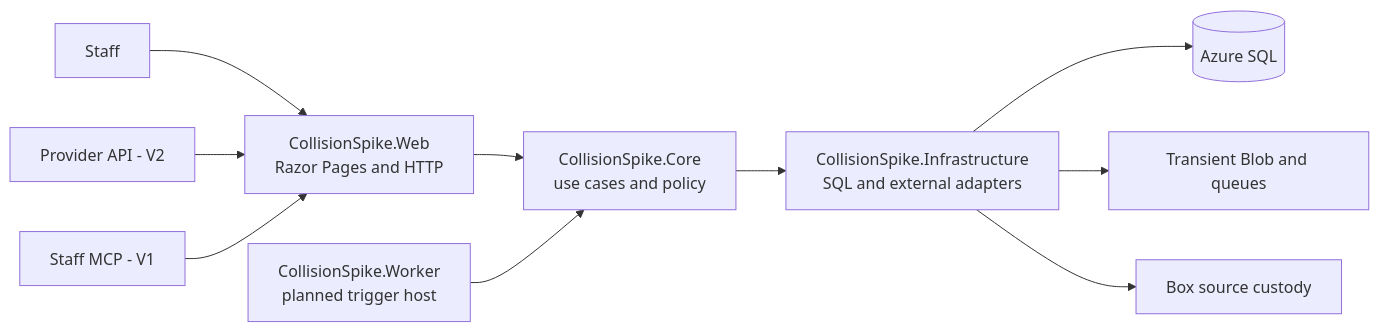
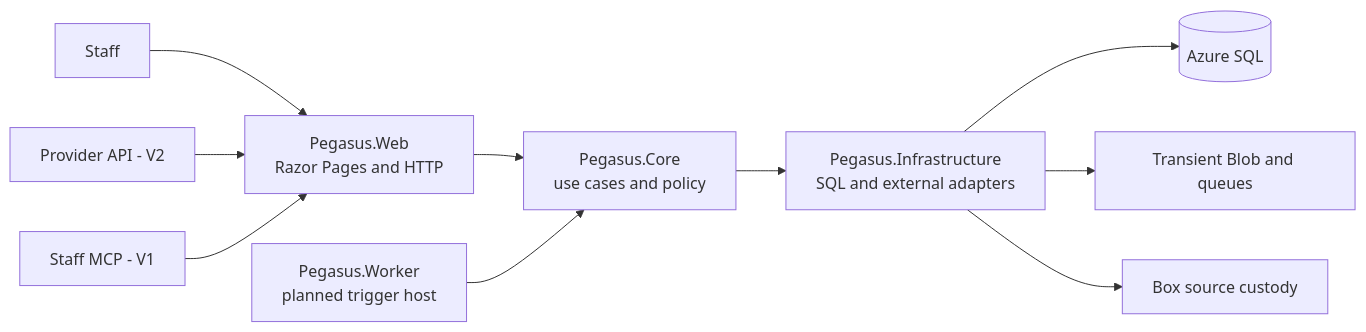
The diagram in docs/architecture/README.md (collisionengineers/pegasus), drawn with Mermaid before and after one commit. The commit also changed other lines of this file and 3883 other files, not shown here.

````diff
--- a/docs/architecture/README.md
+++ b/docs/architecture/README.md
@@ -14,12 +14,12 @@
 ```mermaid
 flowchart LR
-    Staff[Staff] --> Web[CollisionSpike.Web\nRazor Pages and HTTP]
+    Staff[Staff] --> Web[Pegasus.Web\nRazor Pages and HTTP]
     Provider[Provider API - V2] --> Web
     Mcp[Staff MCP - V1] --> Web
-    Web --> Core[CollisionSpike.Core\nuse cases and policy]
-    Worker[CollisionSpike.Worker\nplanned trigger host] --> Core
-    Core --> Infrastructure[CollisionSpike.Infrastructure\nSQL and external adapters]
+    Web --> Core[Pegasus.Core\nuse cases and policy]
+    Worker[Pegasus.Worker\nplanned trigger host] --> Core
+    Core --> Infrastructure[Pegasus.Infrastructure\nSQL and external adapters]
     Infrastructure --> Sql[(Azure SQL)]
     Infrastructure --> Blob[Transient Blob and queues]
     Infrastructure --> Box[Box source custody]
 ```
````
